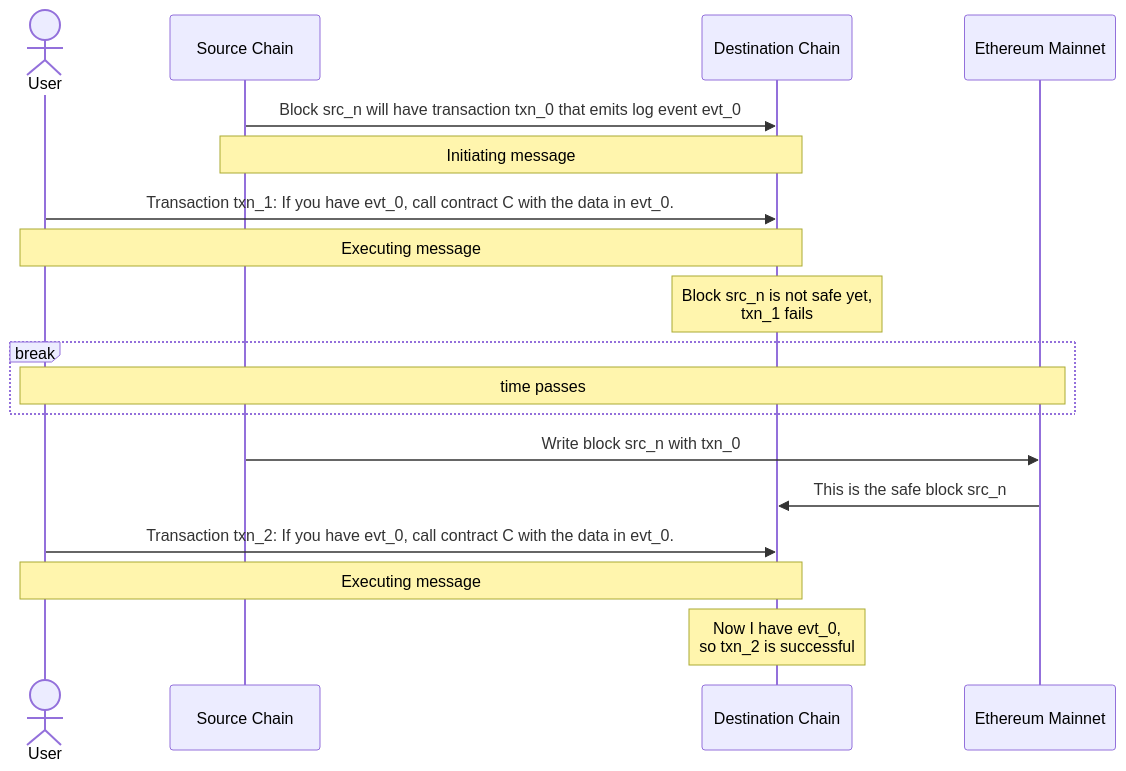
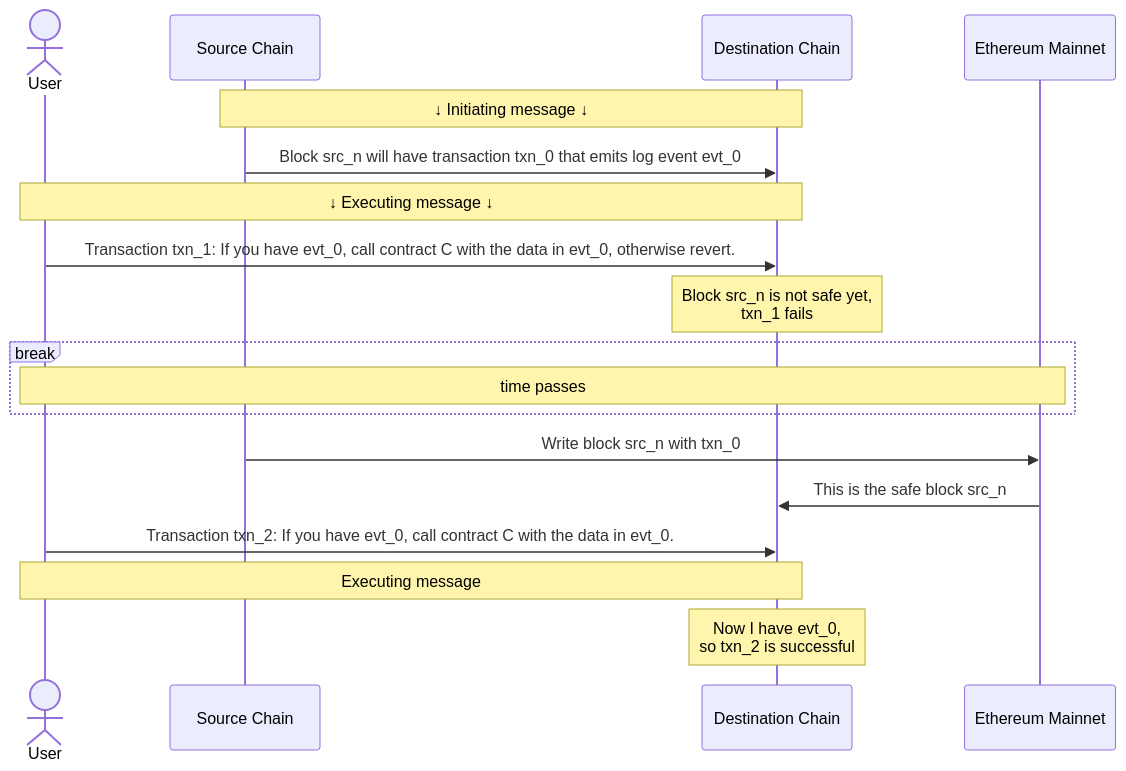
One commit to ethereum-optimism/docs changed the second of 2 diagrams in pages/stack/interop/security.mdx. Above: the diagram before and after it, drawn with Mermaid. The commit also changed other lines of this file, not shown here.

````diff
--- a/pages/stack/interop/security.mdx
+++ b/pages/stack/interop/security.mdx
@@ -98,22 +110,22 @@
 ```mermaid
 
 sequenceDiagram
     actor app as User
     participant src as Source Chain
     participant dst as Destination Chain
     participant l1 as Ethereum Mainnet
+    note over src,dst: ↓ Initiating message ↓
     src->>dst: Block src_n will have transaction txn_0 that emits log event evt_0
-    note over src,dst: Initiating message
-    app->>dst: Transaction txn_1: If you have evt_0, call contract C with the data in evt_0.
-    note over app,dst: Executing message
+    note over app,dst: ↓ Executing message ↓    
+    app->>dst: Transaction txn_1: If you have evt_0, call contract C with the data in evt_0, otherwise revert.
     note over dst: Block src_n is not safe yet,<br />txn_1 fails
     break
         note over app,l1: time passes
     end
     src->>l1: Write block src_n with txn_0
     l1->>dst: This is the safe block src_n
     app->>dst: Transaction txn_2: If you have evt_0, call contract C with the data in evt_0. 
     note over app,dst: Executing message
     note over dst: Now I have evt_0, <br />so txn_2 is successful
 
 ```
````
